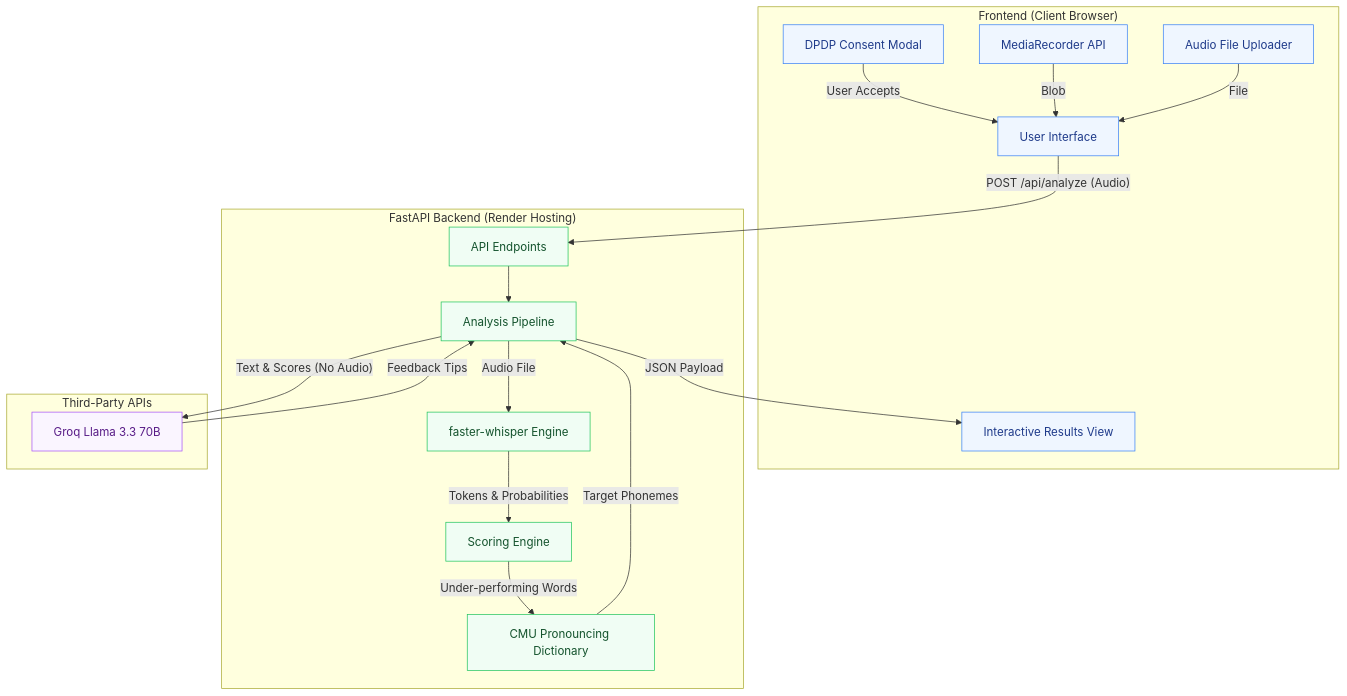
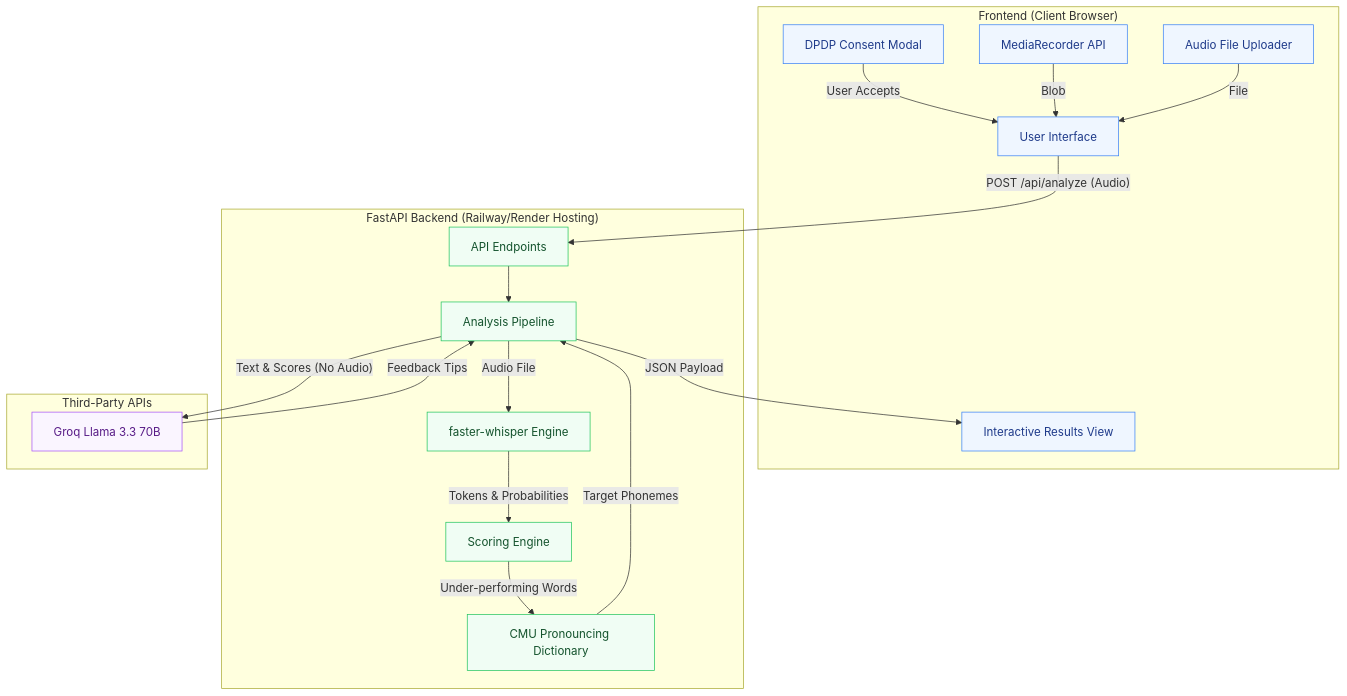
The first of 2 diagrams in docs/architecture.md (0xRoS-200/Fluent-IQ-AI-Pronunciation-Coach), drawn with Mermaid before and after one commit. The commit also changed other lines of this file and 3 other files, not shown here.

````diff
--- a/docs/architecture.md
+++ b/docs/architecture.md
@@ -8,47 +8,47 @@
 ```mermaid
 graph TD
     %% Styling
     classDef frontend fill:#eff6ff,stroke:#3b82f6,stroke-width:1px,color:#1e3a8a;
     classDef backend fill:#f0fdf4,stroke:#22c55e,stroke-width:1px,color:#14532d;
     classDef external fill:#faf5ff,stroke:#a855f7,stroke-width:1px,color:#581c87;
 
     %% Nodes
     subgraph Browser ["Frontend (Client Browser)"]
         UI["User Interface"]
         Record["MediaRecorder API"]
         Uploader["Audio File Uploader"]
         Consent["DPDP Consent Modal"]
         Results["Interactive Results View"]
     end
 
-    subgraph Server ["FastAPI Backend (Render Hosting)"]
+    subgraph Server ["FastAPI Backend (Railway/Render Hosting)"]
         API["API Endpoints"]
         Pipeline["Analysis Pipeline"]
         Whisper["faster-whisper Engine"]
         Scoring["Scoring Engine"]
         Phoneme["CMU Pronouncing Dictionary"]
     end
 
     subgraph APIs ["Third-Party APIs"]
         Groq["Groq Llama 3.3 70B"]
     end
 
     %% Relations
     Consent -->|User Accepts| UI
     Record -->|Blob| UI
     Uploader -->|File| UI
     UI -->|"POST /api/analyze (Audio)"| API
     API --> Pipeline
     Pipeline -->|Audio File| Whisper
     Whisper -->|Tokens & Probabilities| Scoring
     Scoring -->|Under-performing Words| Phoneme
     Phoneme -->|Target Phonemes| Pipeline
     Pipeline -->|"Text & Scores (No Audio)"| Groq
     Groq -->|Feedback Tips| Pipeline
     Pipeline -->|JSON Payload| Results
     
     %% Assign classes
     class UI,Record,Uploader,Consent,Results frontend;
     class API,Pipeline,Whisper,Scoring,Phoneme backend;
     class Groq external;
 ```
````
